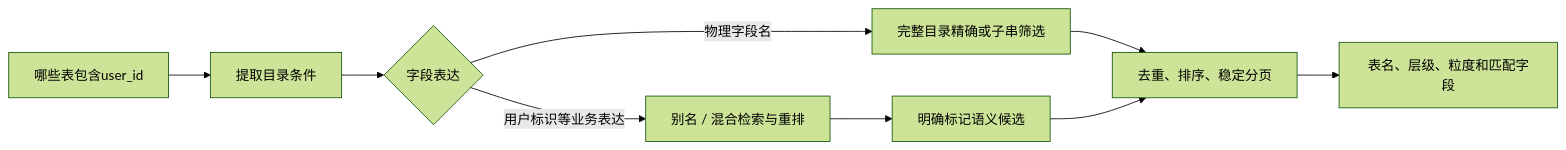
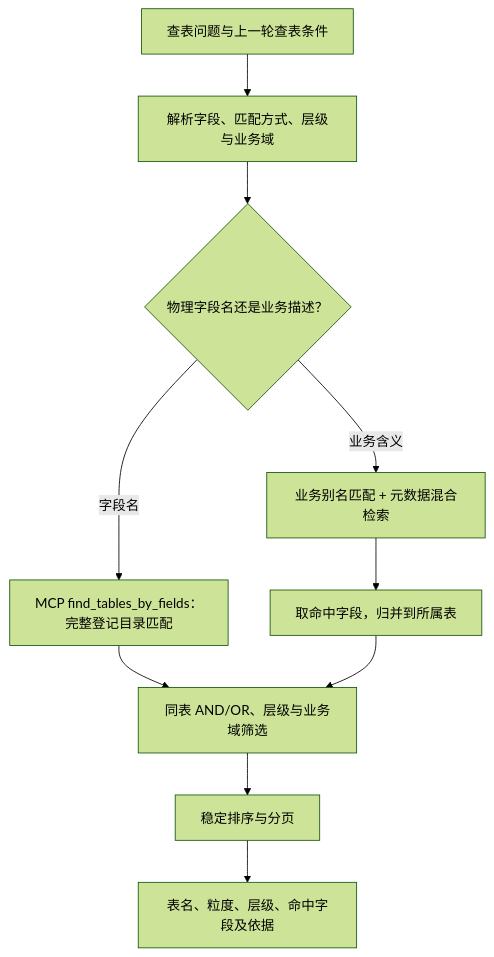
Before and after one commit to RoyLi01/data-agent: the second of 3 diagrams in README.md, drawn with Mermaid (forest theme). The commit also changed other lines of this file, not shown here.

````diff
--- a/README.md
+++ b/README.md
@@ -38,11 +39,12 @@
 ```mermaid
-flowchart LR
-    A[哪些表包含user_id] --> B[提取目录条件]
-    B --> C{字段表达}
-    C -->|物理字段名| D[完整目录精确或子串筛选]
-    C -->|用户标识等业务表达| E[别名 / 混合检索与重排]
-    E --> F[明确标记语义候选]
-    D --> G[去重、排序、稳定分页]
+flowchart TD
+    A["查表问题与上一轮查表条件"] --> B["解析字段、匹配方式、层级与业务域"]
+    B --> C{"物理字段名还是业务描述？"}
+    C -->|"字段名"| D["MCP find_tables_by_fields：完整登记目录匹配"]
+    C -->|"业务含义"| E["业务别名匹配 + 元数据混合检索"]
+    E --> F["取命中字段，归并到所属表"]
+    D --> G["同表 AND/OR、层级与业务域筛选"]
     F --> G
-    G --> H[表名、层级、粒度和匹配字段]
+    G --> H["稳定排序与分页"]
+    H --> I["表名、粒度、层级、命中字段及依据"]
 ```
````
